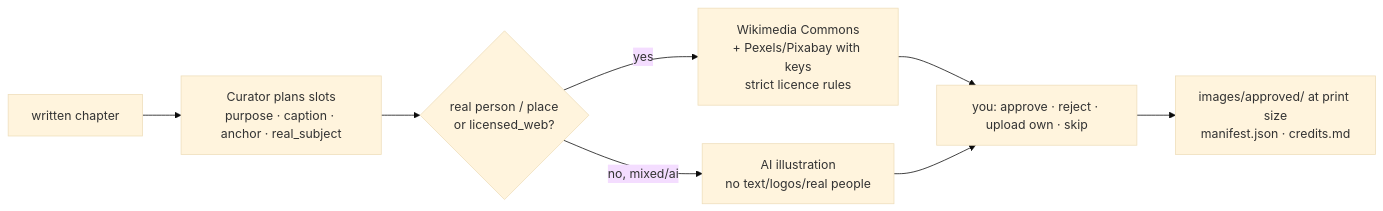
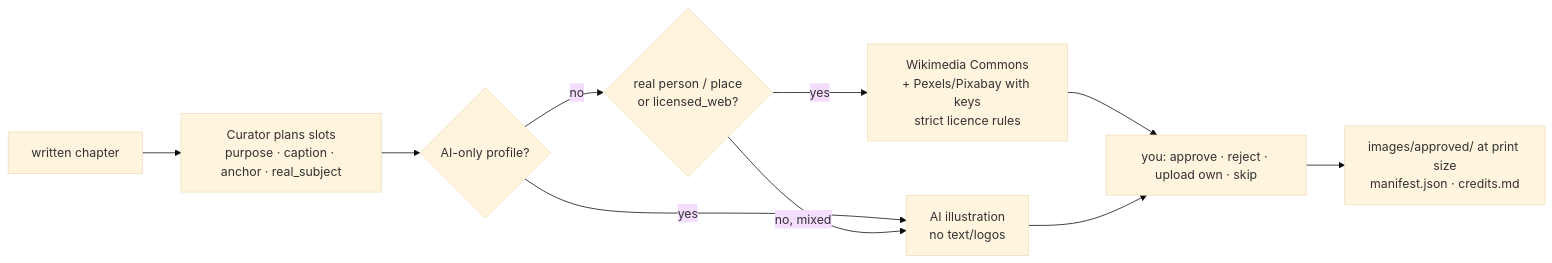
Before and after one commit to SunilPrasad/AIAgentProjects: the seventh of 7 diagrams in BookGuild/docs/ARCHITECTURE.md, drawn with Mermaid (base theme). The commit also changed other lines of this file and 5 other files, not shown here.

````diff
--- a/BookGuild/docs/ARCHITECTURE.md
+++ b/BookGuild/docs/ARCHITECTURE.md
@@ -196,10 +197,12 @@
 ```mermaid
 flowchart LR
     C[written chapter] --> P[Curator plans slots<br/>purpose · caption · anchor · real_subject]
-    P --> R{real person / place<br/>or licensed_web?}
+    P --> AI{AI-only profile?}
+    AI -- yes --> A[AI illustration<br/>no text/logos]
+    AI -- no --> R{real person / place<br/>or licensed_web?}
     R -- yes --> L[Wikimedia Commons<br/>+ Pexels/Pixabay with keys<br/>strict licence rules]
-    R -- no, mixed/ai --> A[AI illustration<br/>no text/logos/real people]
+    R -- no, mixed --> A
     L --> Y[you: approve · reject · upload own · skip]
     A --> Y
     Y --> F[images/approved/ at print size<br/>manifest.json · credits.md]
 ```
````
